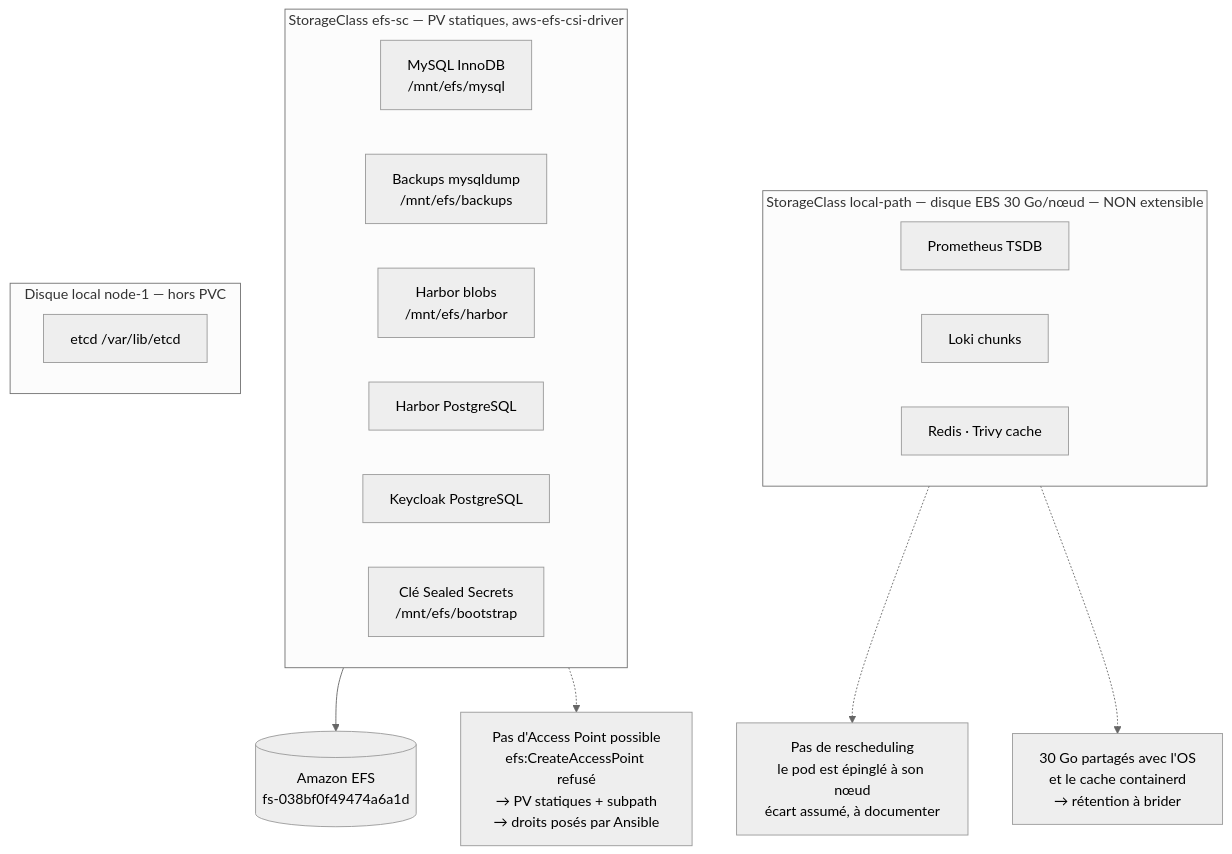
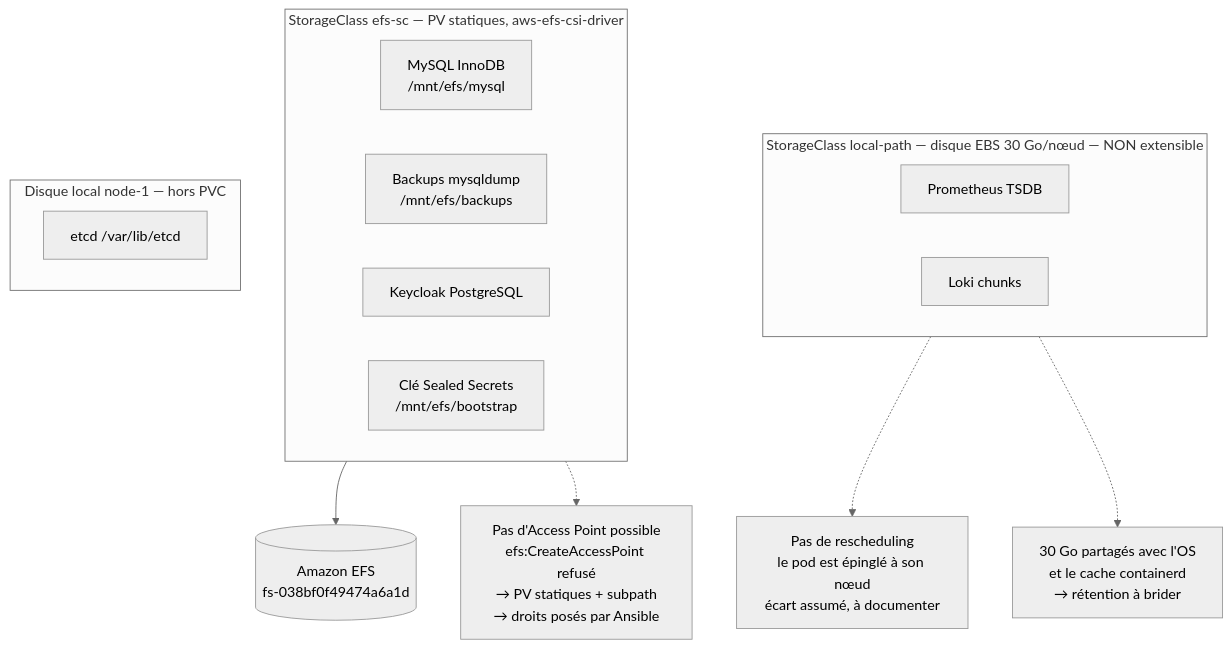
One commit to m1k0t0f667/kube changed the third of 3 diagrams in docs/contraintes-et-outillage.md. Above: the diagram before and after it, drawn with Mermaid (neutral theme). The commit also changed other lines of this file and 5 other files, not shown here.

````diff
--- a/docs/contraintes-et-outillage.md
+++ b/docs/contraintes-et-outillage.md
@@ -283,32 +281,29 @@
 ```mermaid
 flowchart TB
     subgraph sc2["StorageClass local-path — disque EBS 30 Go/nœud — NON extensible"]
         prom["Prometheus TSDB"]
         loki["Loki chunks"]
-        cache["Redis · Trivy cache"]
     end
 
     subgraph sc1["StorageClass efs-sc — PV statiques, aws-efs-csi-driver"]
         mysql["MySQL InnoDB<br/>/mnt/efs/mysql"]
         bkp["Backups mysqldump<br/>/mnt/efs/backups"]
-        blobs["Harbor blobs<br/>/mnt/efs/harbor"]
-        pg1["Harbor PostgreSQL"]
         pg2["Keycloak PostgreSQL"]
         key["Clé Sealed Secrets<br/>/mnt/efs/bootstrap"]
     end
 
     subgraph loc["Disque local node-1 — hors PVC"]
         etcd["etcd /var/lib/etcd"]
     end
 
     efs[("Amazon EFS<br/>fs-038bf0f49474a6a1d")]
     sc1 --> efs
 
     note1["Pas d'Access Point possible<br/>efs:CreateAccessPoint refusé<br/>→ PV statiques + subpath<br/>→ droits posés par Ansible"]
     note2["Pas de rescheduling<br/>le pod est épinglé à son nœud<br/>écart assumé, à documenter"]
     note3["30 Go partagés avec l'OS<br/>et le cache containerd<br/>→ rétention à brider"]
 
     sc1 -.-> note1
     sc2 -.-> note2
     sc2 -.-> note3
 ```
````
